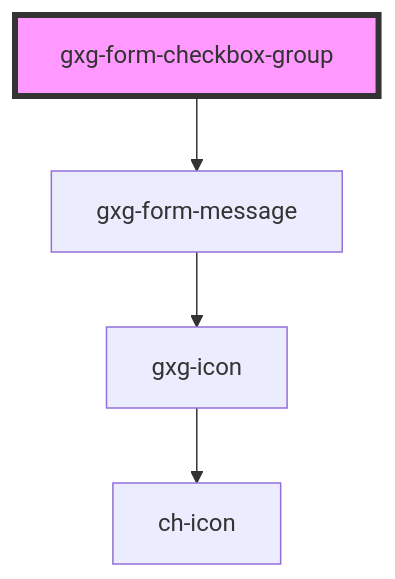
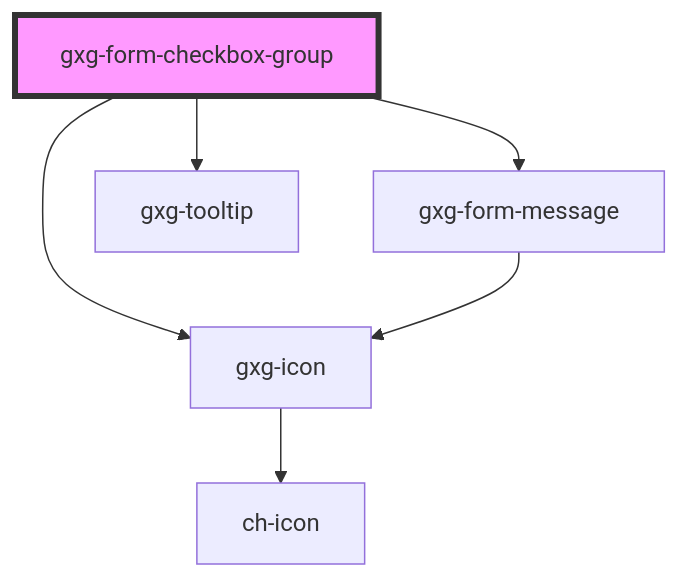
Before and after one commit to genexuslabs/gemini: the diagram in src/components/form-checkbox-group/readme.md, drawn with Mermaid. The commit also changed other lines of this file and 19 other files, not shown here.

````diff
--- a/src/components/form-checkbox-group/readme.md
+++ b/src/components/form-checkbox-group/readme.md
@@ -39,7 +41,9 @@
 ```mermaid
 graph TD;
   gxg-form-checkbox-group --> gxg-form-message
+  gxg-form-checkbox-group --> gxg-tooltip
+  gxg-form-checkbox-group --> gxg-icon
   gxg-form-message --> gxg-icon
   gxg-icon --> ch-icon
   style gxg-form-checkbox-group fill:#f9f,stroke:#333,stroke-width:4px
 ```
````
